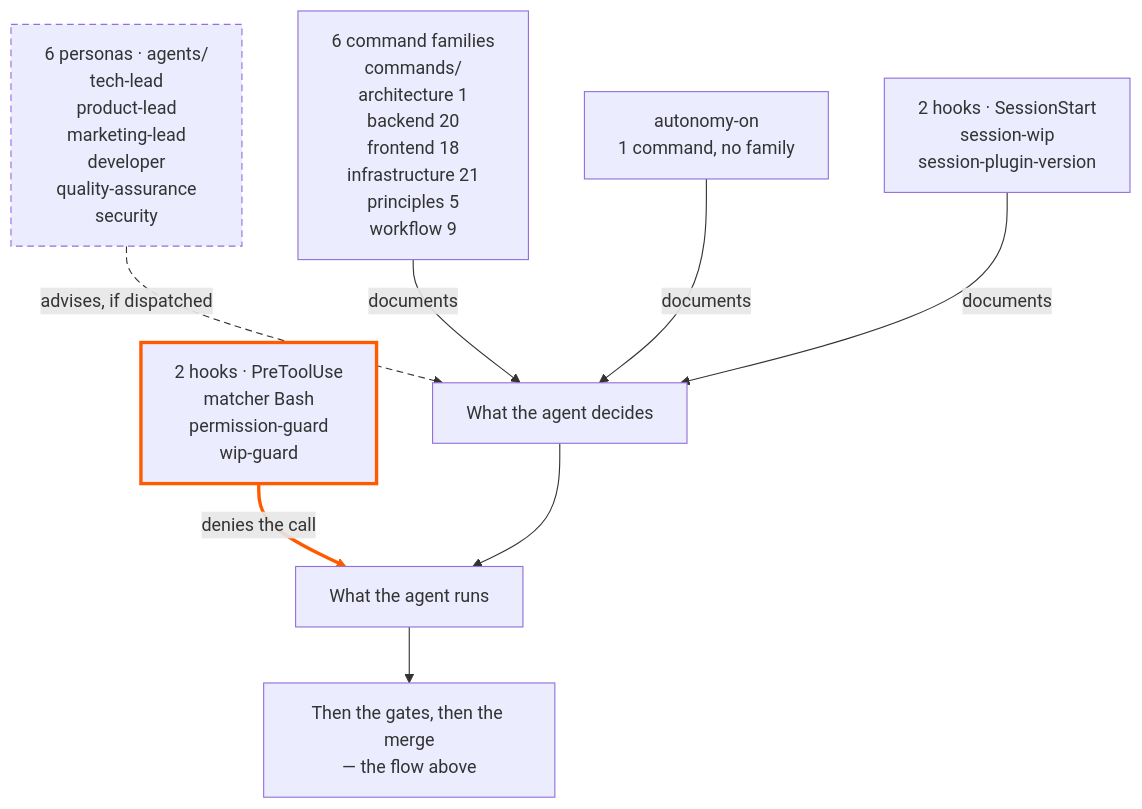
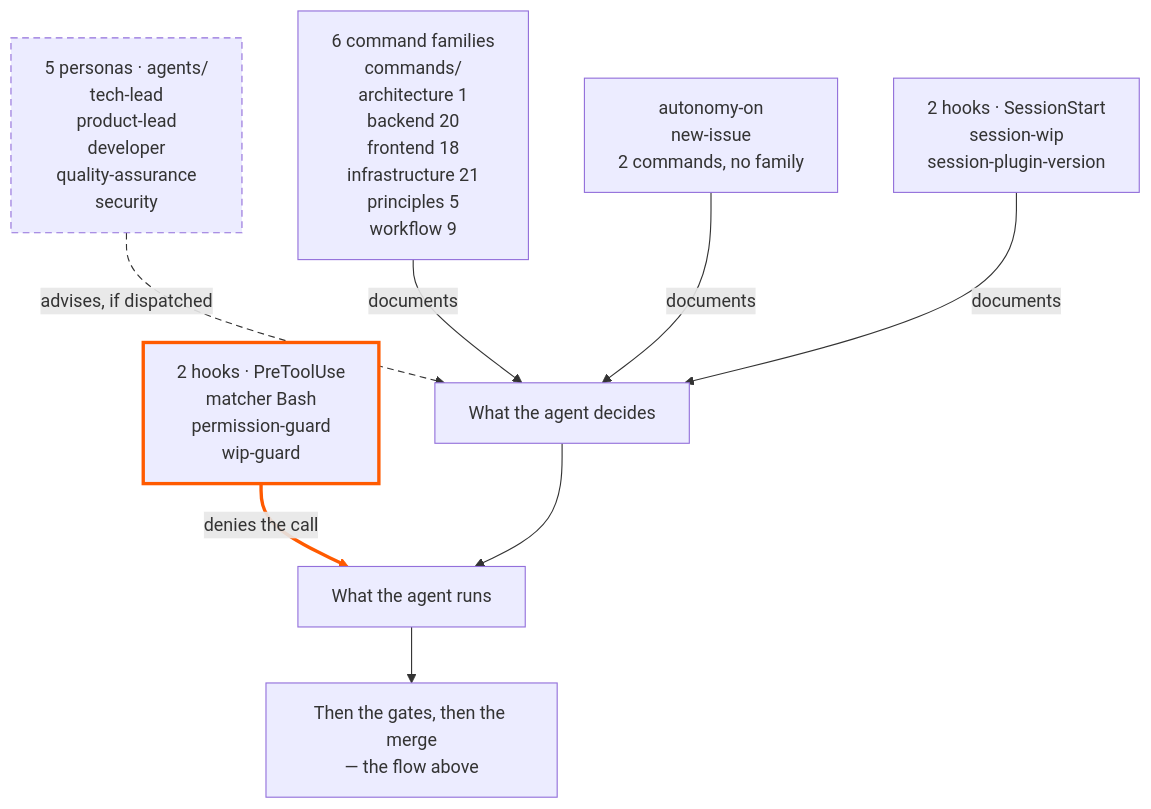
Before and after one commit to tedeuxx/tadeumendonca-io: the fourth of 4 diagrams in apps/fed/src/content/architecture.en.md, drawn with Mermaid. The commit also changed 14 other files, not shown here.

````diff
--- a/apps/fed/src/content/architecture.en.md
+++ b/apps/fed/src/content/architecture.en.md
@@ -168,26 +168,26 @@
 ```mermaid
 flowchart TB
   accTitle: What the harness is made of
-  accDescr: Three kinds of component, drawn apart because they do not have the same force. Four hooks, registered in hooks.json — permission-guard and wip-guard run on the PreToolUse event with the matcher Bash and REFUSE a tool call before it runs; session-wip and session-plugin-version run on SessionStart and only report state. Six personas in the agents directory — tech-lead, product-lead, marketing-lead, developer, quality-assurance and security — only ADVISE, which is a claim about their JUDGEMENT and not about their seat. quality-assurance is the sharpest case in both directions: permission-guard rule 7b refuses the merge command from every agent type except that one, so WHO merges is mechanically forced — and nothing anywhere checks whether the review was performed, or performed well. security is weaker still, and must not be read as the same thing: nothing forces it to be dispatched at all, and a lens that is not dispatched fails silently. Six command families in the commands directory — architecture 1, backend 20, frontend 18, infrastructure 21, principles 5, workflow 9 — plus autonomy-on, the one command in no family, only DOCUMENT: they remove a re-decision. In the drawing the deny edge is thick and in the accent colour, the advise edge is dashed, and the document edges are plain. That difference is the claim, not decoration.
+  accDescr: Three kinds of component, drawn apart because they do not have the same force. The hooks registered in hooks.json — permission-guard and wip-guard run on the PreToolUse event with the matcher Bash and REFUSE a tool call before it runs; session-wip and session-plugin-version run on SessionStart and only report state. The personas in the agents directory — tech-lead, product-lead, developer, quality-assurance and security — only ADVISE, which is a claim about their JUDGEMENT and not about their seat. quality-assurance is the sharpest case in both directions: permission-guard rule 7b refuses the merge command from every agent type except that one, so WHO merges is mechanically forced — and nothing anywhere checks whether the review was performed, or performed well. security is weaker still, and must not be read as the same thing: nothing forces it to be dispatched at all, and a lens that is not dispatched fails silently. The command families in the commands directory — architecture 1, backend 20, frontend 18, infrastructure 21, principles 5, workflow 9 — plus autonomy-on and new-issue, the commands in no family, only DOCUMENT: they remove a re-decision. In the drawing the deny edge is thick and in the accent colour, the advise edge is dashed, and the document edges are plain. That difference is the claim, not decoration.
   HKD["2 hooks · PreToolUse<br/>matcher Bash<br/>permission-guard<br/>wip-guard"]
-  PS["6 personas · agents/<br/>tech-lead<br/>product-lead<br/>marketing-lead<br/>developer<br/>quality-assurance<br/>security"]
+  PS["5 personas · agents/<br/>tech-lead<br/>product-lead<br/>developer<br/>quality-assurance<br/>security"]
   CF["6 command families<br/>commands/<br/>architecture 1<br/>backend 20<br/>frontend 18<br/>infrastructure 21<br/>principles 5<br/>workflow 9"]
-  OC["autonomy-on<br/>1 command, no family"]
+  OC["autonomy-on<br/>new-issue<br/>2 commands, no family"]
   HKR["2 hooks · SessionStart<br/>session-wip<br/>session-plugin-version"]
   DE["What the agent decides"]
   RU["What the agent runs"]
   GM["Then the gates, then the merge<br/>— the flow above"]
   HKD -- "denies the call" --> RU
   PS -- "advises, if dispatched" --> DE
   CF -- "documents" --> DE
   OC -- "documents" --> DE
   HKR -- "documents" --> DE
   DE --> RU
   RU --> GM
   classDef mechanism stroke:#FF5A00,stroke-width:3px
   classDef convention stroke-dasharray:6 4
   class HKD mechanism
   class PS convention
   linkStyle 0 stroke:#FF5A00,stroke-width:3px
   linkStyle 1 stroke-dasharray:6 4
 ```
````
